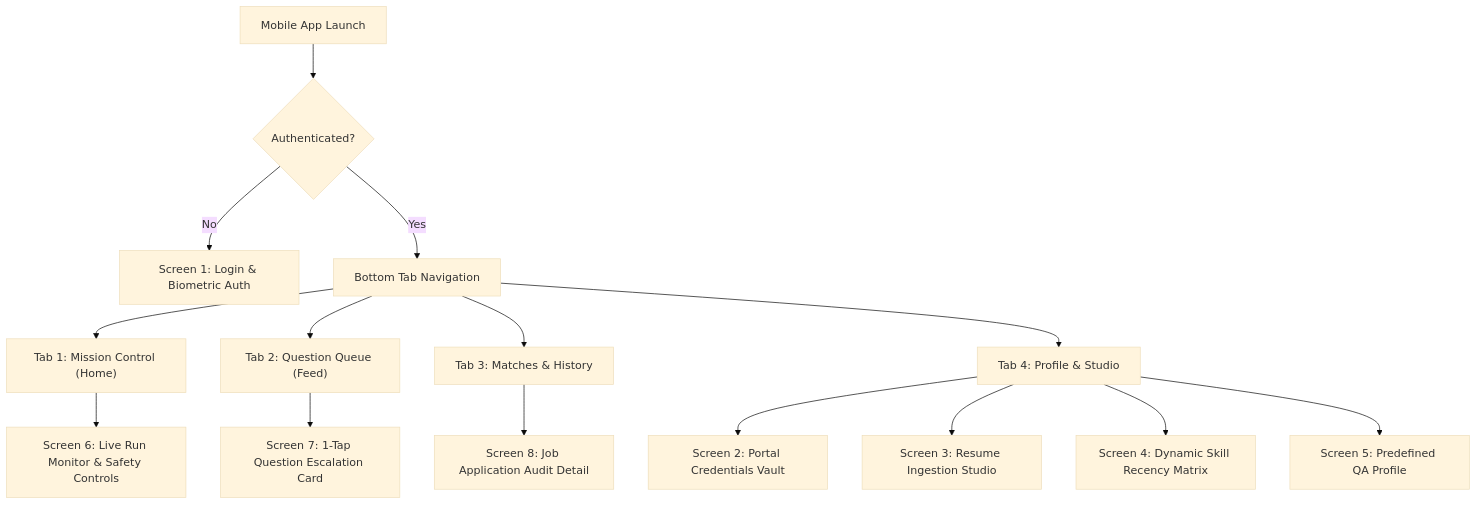
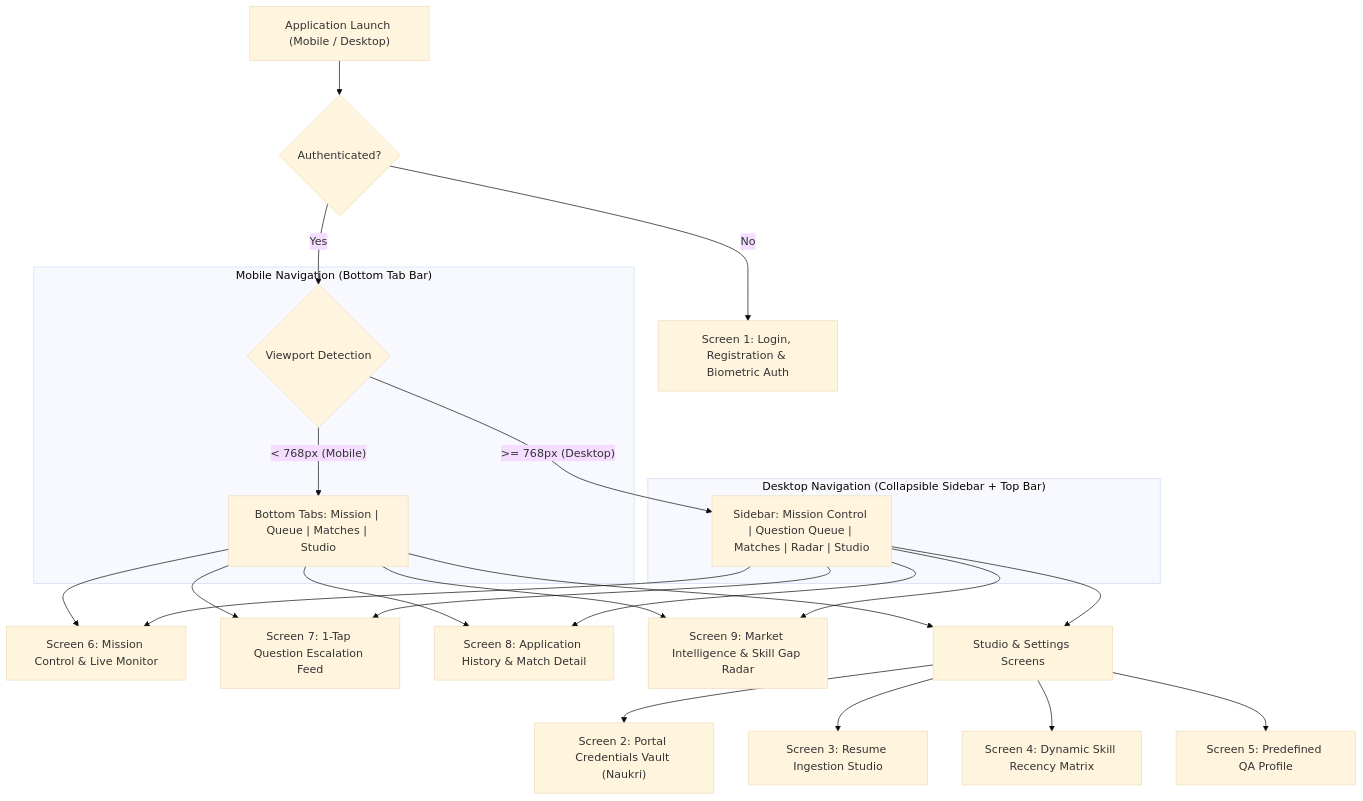
One commit to ajay405tympas/BitsProject_JobHuntAgent changed the diagram in ui/CANDIDATE_ACCESS_LAYER_PRD.md. Above: the diagram before and after it, drawn with Mermaid (base theme). The commit also changed other lines of this file and 2 other files, not shown here.

````diff
--- a/ui/CANDIDATE_ACCESS_LAYER_PRD.md
+++ b/ui/CANDIDATE_ACCESS_LAYER_PRD.md
@@ -26,20 +28,25 @@
 ```mermaid
 graph TD
-    Root["Mobile App Launch"] --> Auth{"Authenticated?"}
-    Auth -- "No" --> Screen1["Screen 1: Login & Biometric Auth"]
-    Auth -- "Yes" --> Nav["Bottom Tab Navigation"]
+    Root["Application Launch (Mobile / Desktop)"] --> Auth{"Authenticated?"}
+    Auth -- "No" --> Screen1["Screen 1: Login, Registration & Biometric Auth"]
+    Auth -- "Yes" --> Layout{"Viewport Detection"}
     
-    Nav --> Tab1["Tab 1: Mission Control (Home)"]
-    Nav --> Tab2["Tab 2: Question Queue (Feed)"]
-    Nav --> Tab3["Tab 3: Matches & History"]
-    Nav --> Tab4["Tab 4: Profile & Studio"]
+    subgraph MobileNav["Mobile Navigation (Bottom Tab Bar)"]
+        Layout -- "< 768px (Mobile)" --> MTabs["Bottom Tabs: Mission | Queue | Matches | Studio"]
+    end
 
-    Tab4 --> Screen2["Screen 2: Portal Credentials Vault"]
-    Tab4 --> Screen3["Screen 3: Resume Ingestion Studio"]
-    Tab4 --> Screen4["Screen 4: Dynamic Skill Recency Matrix"]
-    Tab4 --> Screen5["Screen 5: Predefined QA Profile"]
+    subgraph DesktopNav["Desktop Navigation (Collapsible Sidebar + Top Bar)"]
+        Layout -- ">= 768px (Desktop)" --> DSidebar["Sidebar: Mission Control | Question Queue | Matches | Radar | Studio"]
+    end
+
+    MTabs & DSidebar --> Screen6["Screen 6: Mission Control & Live Monitor"]
+    MTabs & DSidebar --> Screen7["Screen 7: 1-Tap Question Escalation Feed"]
+    MTabs & DSidebar --> Screen8["Screen 8: Application History & Match Detail"]
+    MTabs & DSidebar --> Screen9["Screen 9: Market Intelligence & Skill Gap Radar"]
     
-    Tab1 --> Screen6["Screen 6: Live Run Monitor & Safety Controls"]
-    Tab2 --> Screen7["Screen 7: 1-Tap Question Escalation Card"]
-    Tab3 --> Screen8["Screen 8: Job Application Audit Detail"]
+    MTabs & DSidebar --> StudioGroup["Studio & Settings Screens"]
+    StudioGroup --> Screen2["Screen 2: Portal Credentials Vault (Naukri)"]
+    StudioGroup --> Screen3["Screen 3: Resume Ingestion Studio"]
+    StudioGroup --> Screen4["Screen 4: Dynamic Skill Recency Matrix"]
+    StudioGroup --> Screen5["Screen 5: Predefined QA Profile"]
 ```
````
